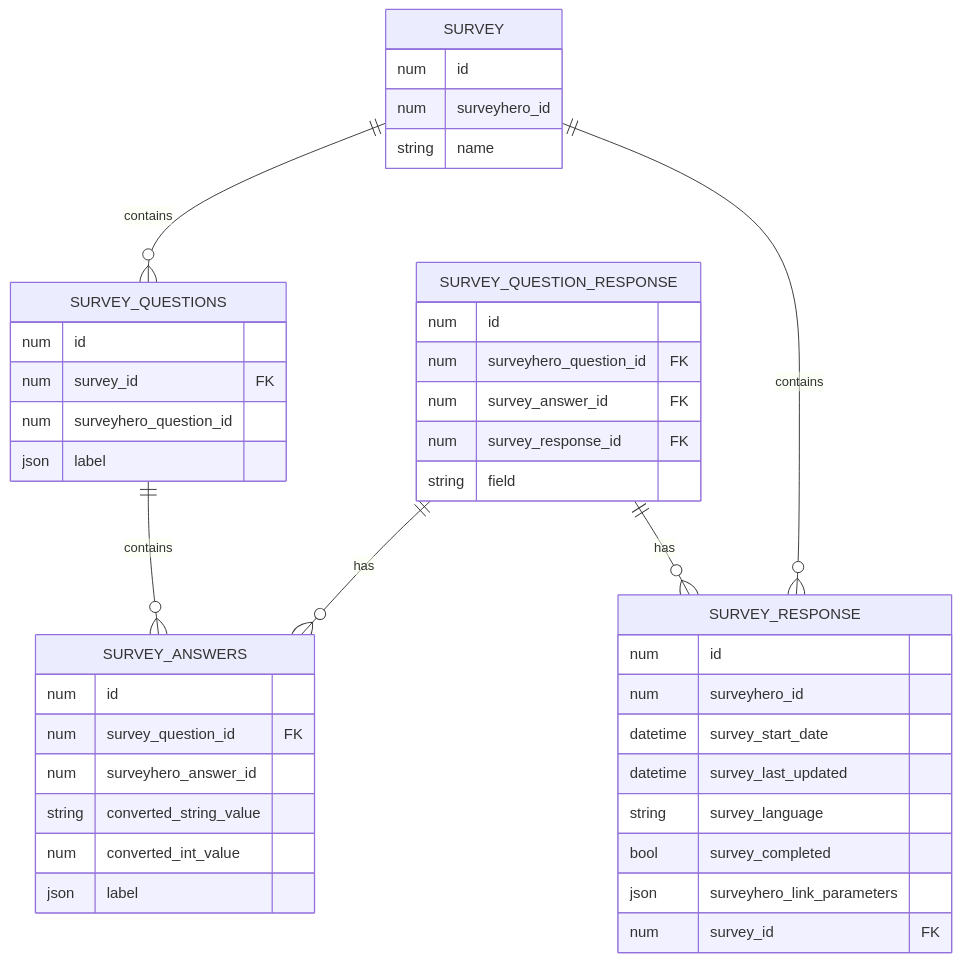
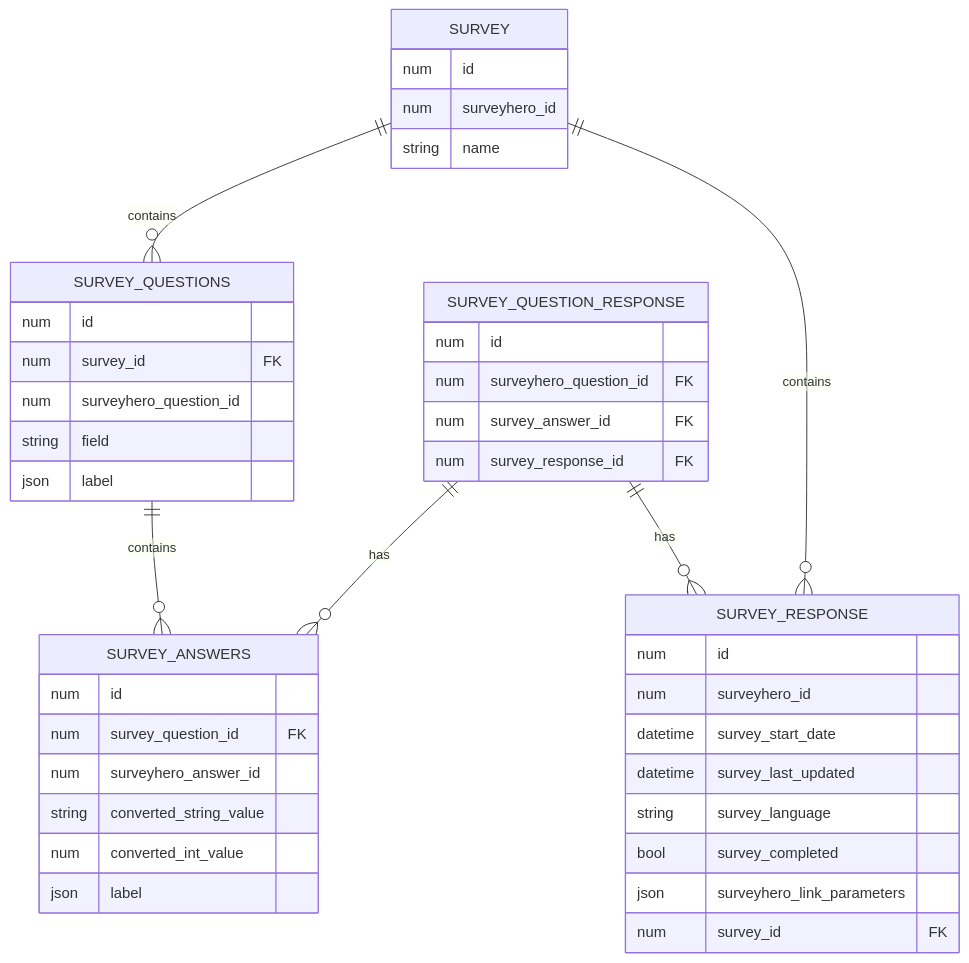
One commit to statikbe/laravel-surveyhero changed the diagram in README.md. Above: the diagram before and after it, drawn with Mermaid. The commit also changed other lines of this file and 8 other files, not shown here.

Commit message:
Refactor Q&A import service to transfer field to question model

````diff
--- a/README.md
+++ b/README.md
@@ -33,48 +33,48 @@
 ``` mermaid
 erDiagram
 SURVEY {
     num id
     num surveyhero_id
     string name
     
 }
 
 SURVEY_QUESTIONS {
     num id		
     num survey_id FK
-    num surveyhero_question_id			
-    json label			
+    num surveyhero_question_id
+    string field			
+    json label		
 }
 
 SURVEY_ANSWERS {
     num id		
     num survey_question_id FK
     num surveyhero_answer_id			
     string converted_string_value			
     num converted_int_value			
     json label			
 }
 
 SURVEY_RESPONSE {
     num id
     num surveyhero_id
     datetime survey_start_date
     datetime survey_last_updated
     string survey_language
     bool survey_completed
     json surveyhero_link_parameters
     num survey_id FK
 }
 SURVEY_QUESTION_RESPONSE {	
     num id
     num surveyhero_question_id FK
     num survey_answer_id FK
     num survey_response_id FK
-    string field
 }
 SURVEY ||--o{ SURVEY_QUESTIONS : contains
 SURVEY ||--o{ SURVEY_RESPONSE : contains
 SURVEY_QUESTIONS ||--o{ SURVEY_ANSWERS : contains
 SURVEY_QUESTION_RESPONSE ||--o{ SURVEY_ANSWERS : has
 SURVEY_QUESTION_RESPONSE ||--o{ SURVEY_RESPONSE : has
 ```
````
